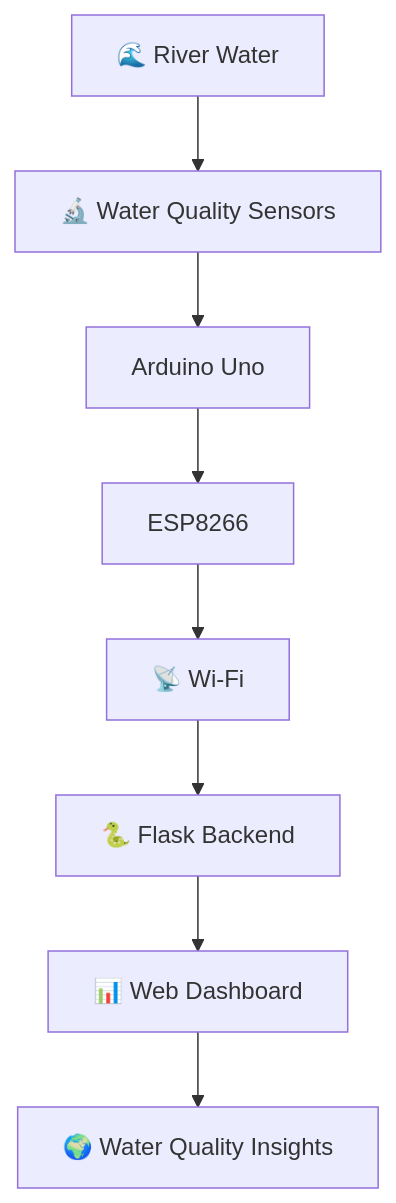
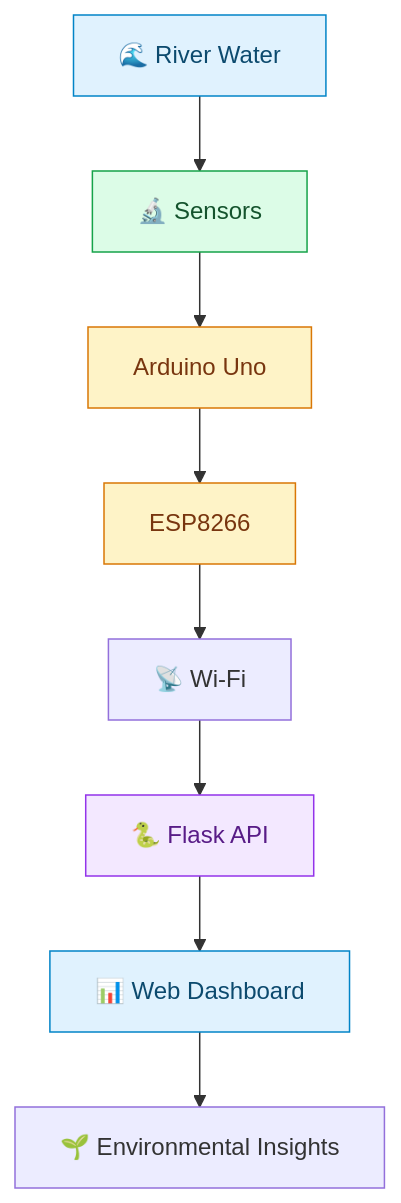
One commit to kumaranshmishra/Aqua-Sense-Problem-statement changed the first of 3 diagrams in README.md. Above: the diagram before and after it, drawn with Mermaid. The commit also changed other lines of this file, not shown here.

````diff
--- a/README.md
+++ b/README.md
@@ -65,16 +47,23 @@
 ```mermaid
 flowchart TD
-    A["🌊 River Water"] --> B["🔬 Water Quality Sensors"]
+    A["🌊 River Water"] --> B["🔬 Sensors"]
 
     B --> C["Arduino Uno"]
 
     C --> D["ESP8266"]
 
     D --> E["📡 Wi-Fi"]
 
-    E --> F["🐍 Flask Backend"]
+    E --> F["🐍 Flask API"]
 
     F --> G["📊 Web Dashboard"]
 
-    G --> H["🌍 Water Quality Insights"]
+    G --> H["🌱 Environmental Insights"]
+
+    style A fill:#e0f2fe,stroke:#0284c7,color:#0c4a6e
+    style B fill:#dcfce7,stroke:#16a34a,color:#14532d
+    style C fill:#fef3c7,stroke:#d97706,color:#78350f
+    style D fill:#fef3c7,stroke:#d97706,color:#78350f
+    style F fill:#f3e8ff,stroke:#9333ea,color:#581c87
+    style G fill:#e0f2fe,stroke:#0284c7,color:#0c4a6e
 ```
````
